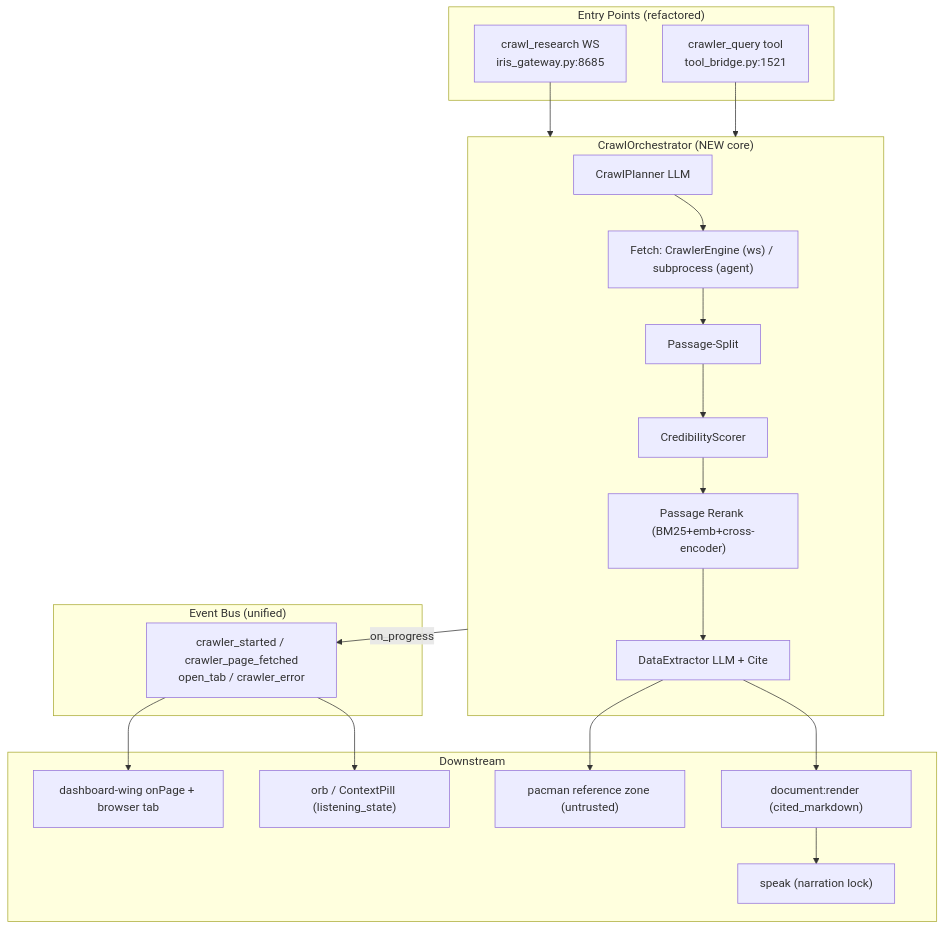
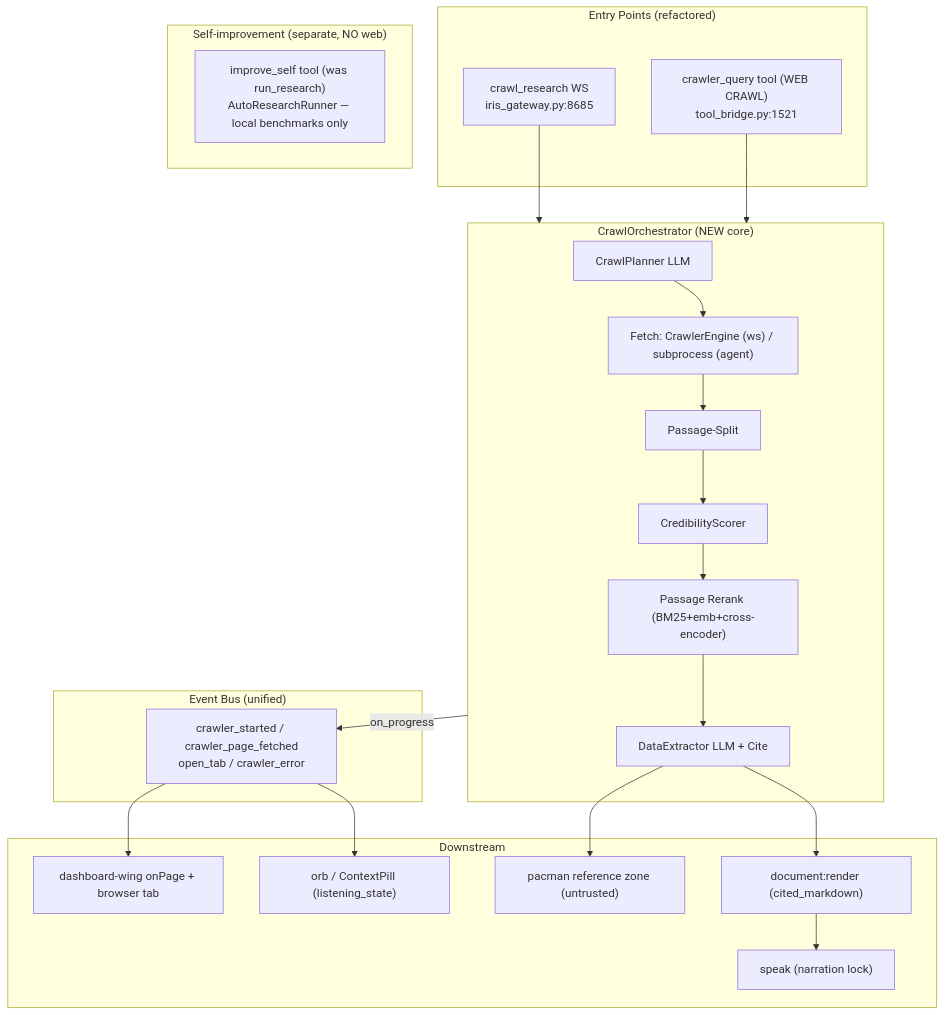
Before and after one commit to Midast0uch/IRISVOICE: the first of 6 diagrams in specs/web-search-unified/design.md, drawn with Mermaid. The commit also changed other lines of this file and 40 other files, not shown here.

````diff
--- a/specs/web-search-unified/design.md
+++ b/specs/web-search-unified/design.md
@@ -39,35 +39,38 @@
 ```mermaid
 flowchart TB
     subgraph Entry["Entry Points (refactored)"]
         WS["crawl_research WS<br/>iris_gateway.py:8685"]
-        AG["crawler_query tool<br/>tool_bridge.py:1521"]
+        AG["crawler_query tool (WEB CRAWL)<br/>tool_bridge.py:1521"]
+    end
+    subgraph Self["Self-improvement (separate, NO web)"]
+        IS["improve_self tool (was run_research)<br/>AutoResearchRunner — local benchmarks only"]
     end
     subgraph Core["CrawlOrchestrator (NEW core)"]
         PLAN["CrawlPlanner LLM"]
         FETCH["Fetch: CrawlerEngine (ws) / subprocess (agent)"]
         SPLIT["Passage-Split"]
         CRED["CredibilityScorer"]
         RERANK["Passage Rerank (BM25+emb+cross-encoder)"]
         EXTRACT["DataExtractor LLM + Cite"]
     end
     subgraph Bus["Event Bus (unified)"]
         EV["crawler_started / crawler_page_fetched<br/>open_tab / crawler_error"]
     end
     subgraph Down["Downstream"]
         WING["dashboard-wing onPage + browser tab"]
         PILL["orb / ContextPill (listening_state)"]
         PAC["pacman reference zone (untrusted)"]
         DOC["document:render (cited_markdown)"]
         TTS["speak (narration lock)"]
     end
 
     WS --> Core
     AG --> Core
     PLAN --> FETCH --> SPLIT --> CRED --> RERANK --> EXTRACT
     Core -->|on_progress| EV
     EV --> WING
     EV --> PILL
     EXTRACT --> PAC
     EXTRACT --> DOC
     DOC --> TTS
 ```
````
